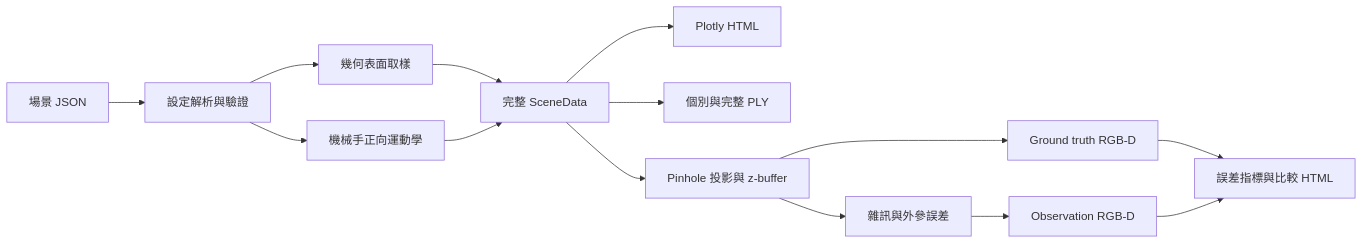
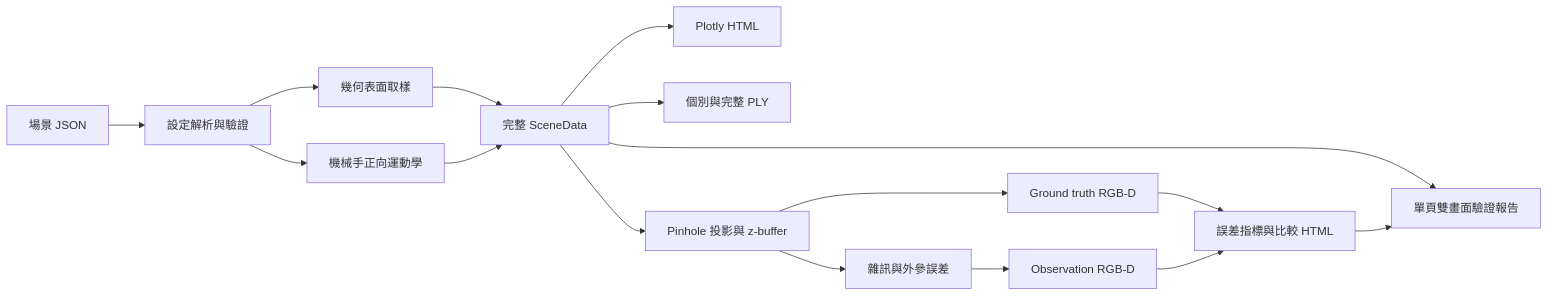
One commit to zack7515/SimGrasp3D-Lab changed the diagram in README.md. Above: the diagram before and after it, drawn with Mermaid. The commit also changed other lines of this file and 5 other files, not shown here.

````diff
--- a/README.md
+++ b/README.md
@@ -124,16 +128,18 @@
 ```mermaid
 flowchart LR
     A[場景 JSON] --> B[設定解析與驗證]
     B --> C[幾何表面取樣]
     B --> D[機械手正向運動學]
     C --> E[完整 SceneData]
     D --> E
     E --> F[Plotly HTML]
     E --> G[個別與完整 PLY]
     E --> H[Pinhole 投影與 z-buffer]
     H --> I[Ground truth RGB-D]
     H --> J[雜訊與外參誤差]
     J --> K[Observation RGB-D]
     I --> L[誤差指標與比較 HTML]
     K --> L
+    E --> M[單頁雙畫面驗證報告]
+    L --> M
 ```
````
